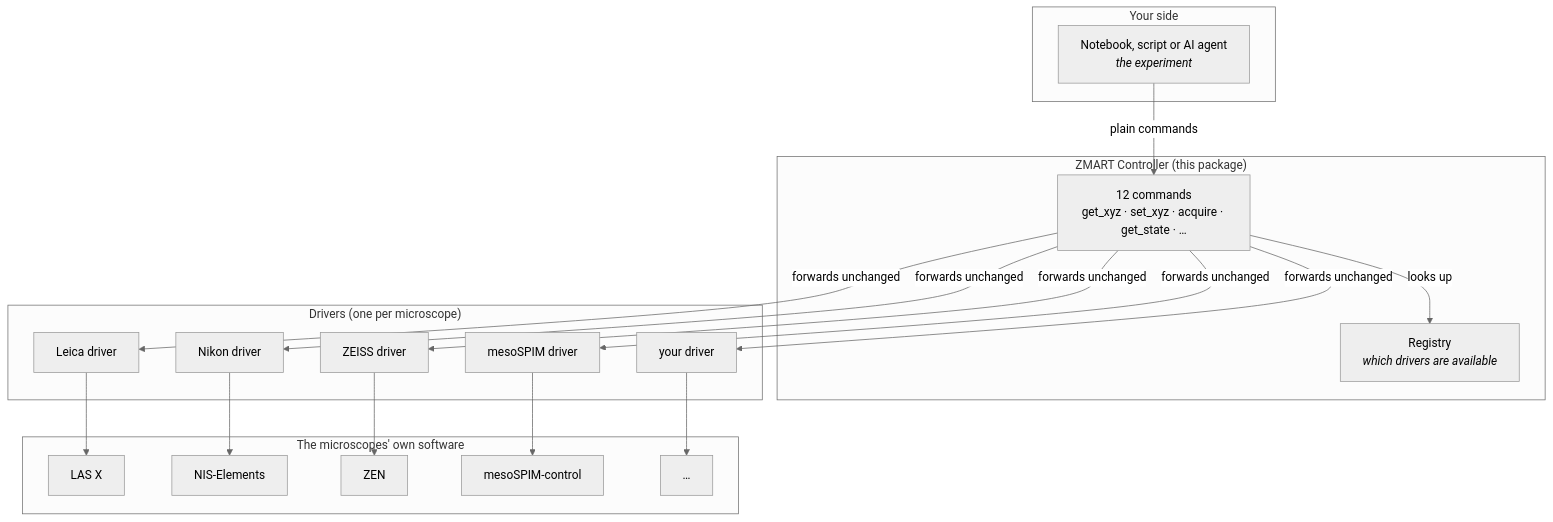
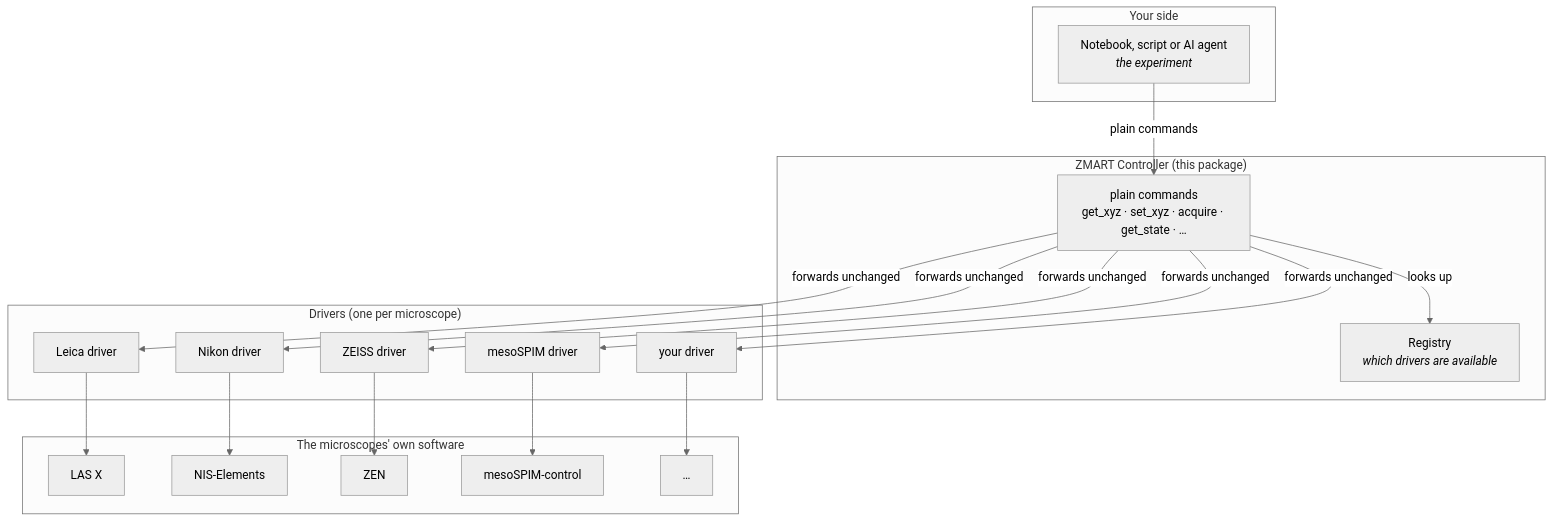
One commit to thomdehoog/ZMART-microscopy changed the first of 2 diagrams in zmart_controller/README.md. Above: the diagram before and after it, drawn with Mermaid (neutral theme). The commit also changed other lines of this file and 9 other files, not shown here.

````diff
--- a/zmart_controller/README.md
+++ b/zmart_controller/README.md
@@ -43,36 +43,36 @@
 ```mermaid
 flowchart TB
     subgraph you["Your side"]
         NB["Notebook, script or AI agent<br/><i>the experiment</i>"]
     end
 
     subgraph ctrl["ZMART Controller  (this package)"]
-        API["12 commands<br/>get_xyz · set_xyz · acquire · get_state · …"]
+        API["plain commands<br/>get_xyz · set_xyz · acquire · get_state · …"]
         REG["Registry<br/><i>which drivers are available</i>"]
     end
 
     subgraph drivers["Drivers  (one per microscope)"]
         L["Leica driver"]
         N["Nikon driver"]
         Z["ZEISS driver"]
         M["mesoSPIM driver"]
         Y["your driver"]
     end
 
     subgraph scopes["The microscopes' own software"]
         LX["LAS X"]
         NIS["NIS-Elements"]
         ZEN["ZEN"]
         MS["mesoSPIM-control"]
         YY["…"]
     end
 
     NB -- "plain commands" --> API
     API -- "looks up" --> REG
     API -- "forwards unchanged" --> L & N & Z & M & Y
     L --> LX
     N --> NIS
     Z --> ZEN
     M --> MS
     Y --> YY
 ```
````
